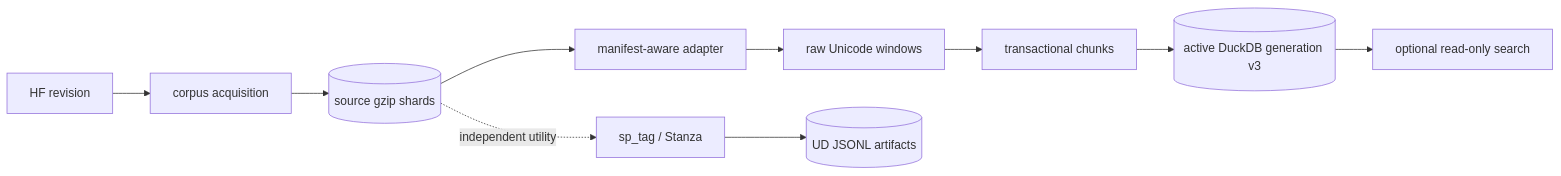
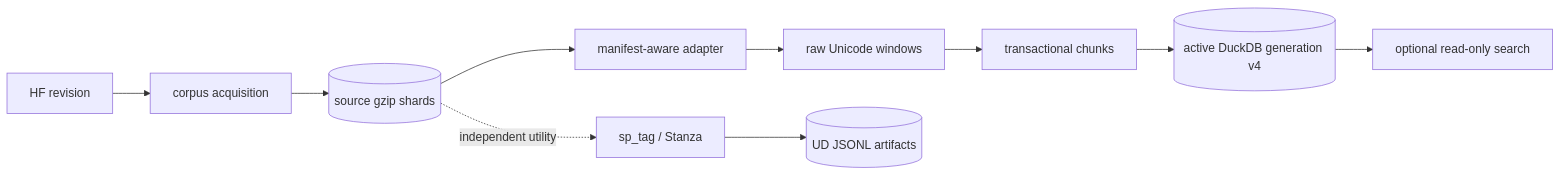
The first of 2 diagrams in docs/technical/README.md (CristoJV/semordnilap), drawn with Mermaid before and after one commit. The commit also changed other lines of this file and 29 other files, not shown here.

````diff
--- a/docs/technical/README.md
+++ b/docs/technical/README.md
@@ -7,13 +10,13 @@
 ```mermaid
 flowchart LR
     HF[HF revision] --> CA[corpus acquisition]
     CA --> CS[(source gzip shards)]
     CS --> RA[manifest-aware adapter]
     RA --> EX[raw Unicode windows]
     EX --> TX[transactional chunks]
-    TX --> FG[(active DuckDB generation v3)]
+    TX --> FG[(active DuckDB generation v4)]
     FG --> SE[optional read-only search]
 
     CS -. independent utility .-> ST[sp_tag / Stanza]
     ST --> UD[(UD JSONL artifacts)]
 ```
````
